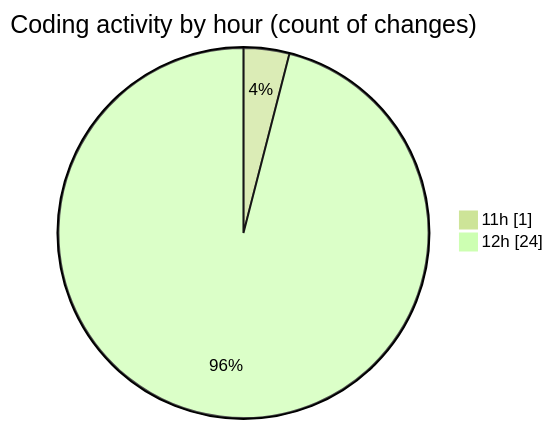
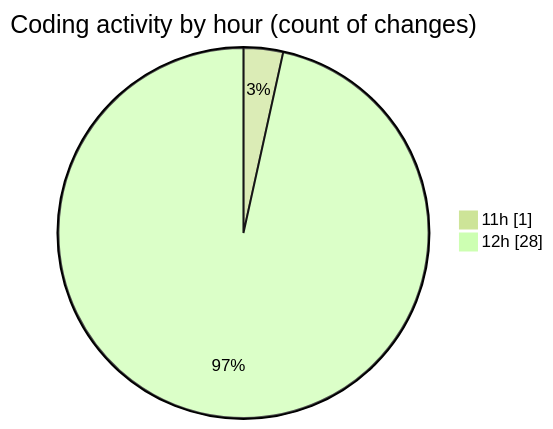
Before and after one commit to nxtqubesakshisongat/code-tracking: the second of 2 diagrams in 2025-07-25/nxtqube_webapp/README.md, drawn with Mermaid (forest theme). The commit also changed other lines of this file and 1 other file, not shown here.

````diff
--- a/2025-07-25/nxtqube_webapp/README.md
+++ b/2025-07-25/nxtqube_webapp/README.md
@@ -35,6 +36,6 @@
 ```mermaid
 pie showData
 title Coding activity by hour (count of changes)
 "11h" : 1
-"12h" : 24
+"12h" : 28
 ```
````
